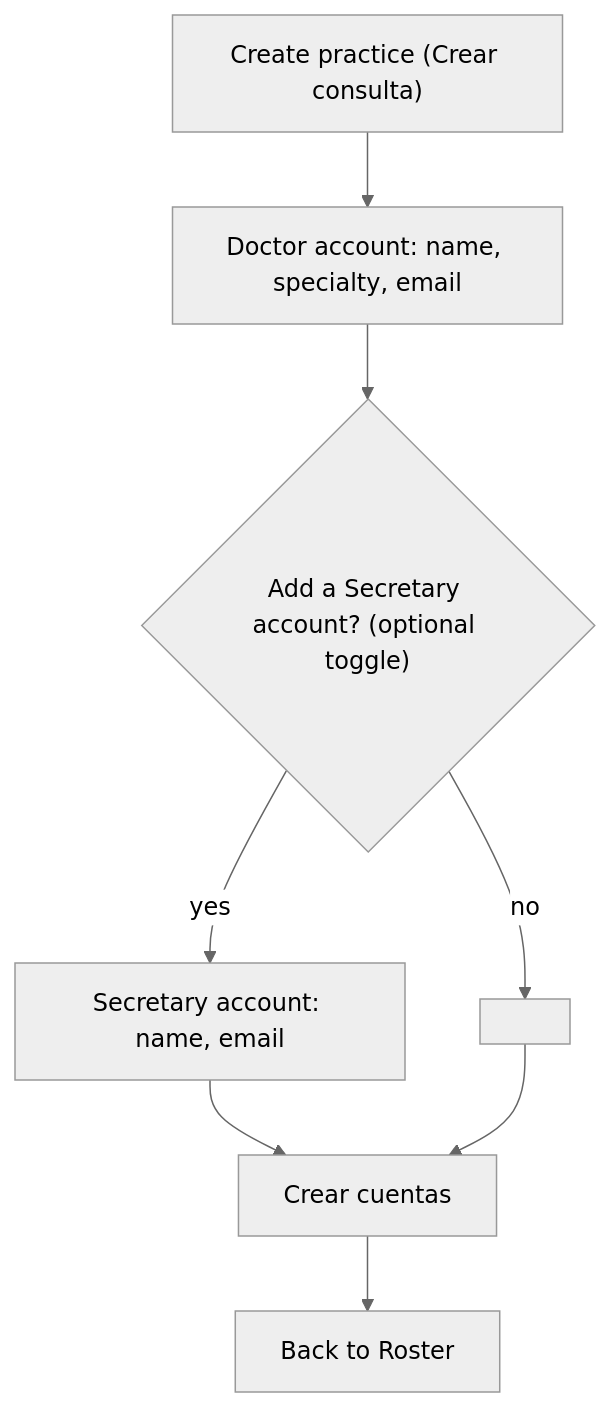
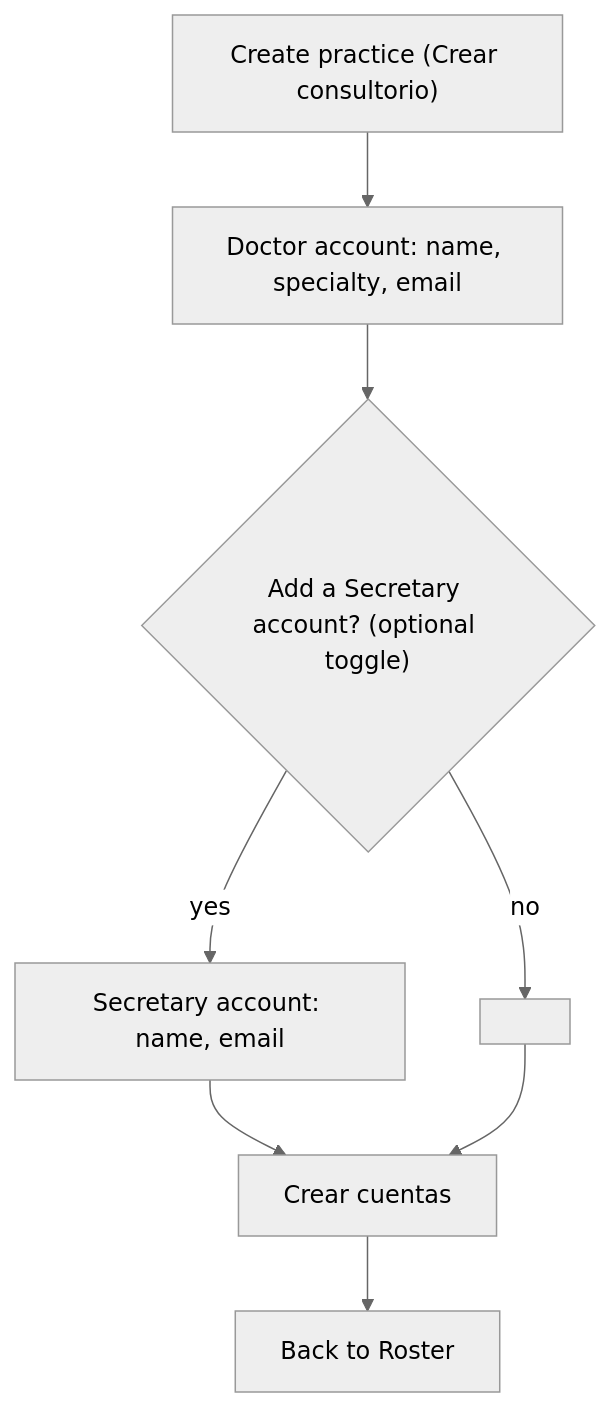
The second of 5 diagrams in docs/flows/admin.md (DaleneyRuben/alivia), drawn with Mermaid (neutral theme) before and after one commit. The commit also changed other lines of this file and 2 other files, not shown here.

Commit message:
rename admin create practice label to consultorio

````diff
--- a/docs/flows/admin.md
+++ b/docs/flows/admin.md
@@ -27,10 +27,10 @@
 ```mermaid
 flowchart TD
-    C["Create practice (Crear consulta)"] --> Doc["Doctor account: name, specialty, email"]
+    C["Create practice (Crear consultorio)"] --> Doc["Doctor account: name, specialty, email"]
     Doc --> SecQ{"Add a Secretary account? (optional toggle)"}
     SecQ -->|"yes"| SF["Secretary account: name, email"]
     SecQ -->|"no"| Skip[" "]
     SF --> Save["Crear cuentas"]
     Skip --> Save
     Save --> R["Back to Roster"]
 ```
````
